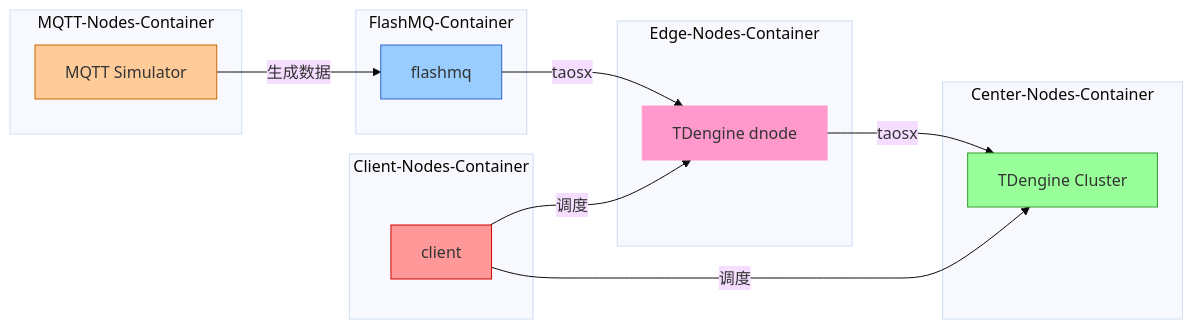
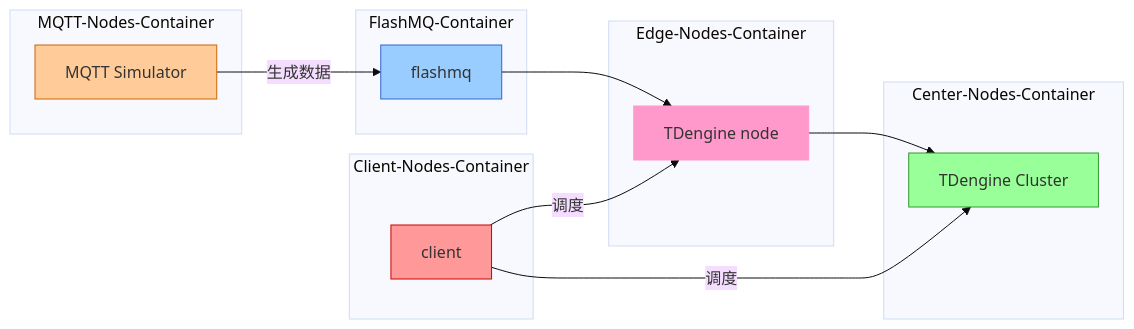
One commit to taosdata/ems changed the diagram in docker-compose/README.md. Above: the diagram before and after it, drawn with Mermaid (base theme). The commit also changed other lines of this file and 1 other file, not shown here.

````diff
--- a/docker-compose/README.md
+++ b/docker-compose/README.md
@@ -59,34 +64,34 @@
 ```mermaid
 graph LR
   subgraph MQTT-Nodes-Container
     A[MQTT Simulator]
   end
 
   subgraph FlashMQ-Container
     B[flashmq]
   end
 
   subgraph Edge-Nodes-Container
-    C[TDengine dnode]
+    C[TDengine node]
   end
 
   subgraph Center-Nodes-Container
     D[TDengine Cluster]
   end
 
   subgraph Client-Nodes-Container
     F[client]
   end
 
   A -->|生成数据| B
-  B -->|taosx| C
-  C -->|taosx| D
+  B --> C
+  C --> D
   F -->|调度| C
   F -->|调度| D
 
   style A fill:#ffcc99,stroke:#cc6600
   style B fill:#99ccff,stroke:#3366cc
   style C fill:#ff99cc,stroke:#ff99cc
   style D fill:#99ff99,stroke:#339933
   style F fill:#ff9999,stroke:#cc0000
 ```
````
